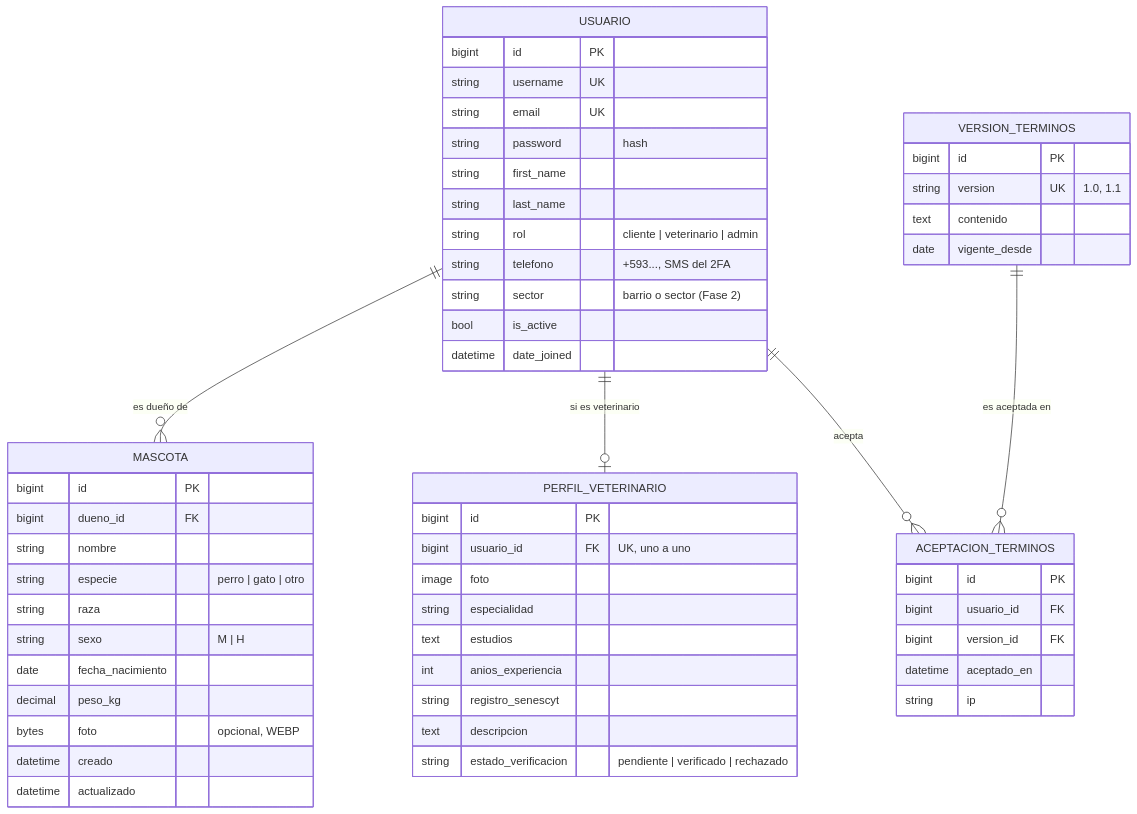
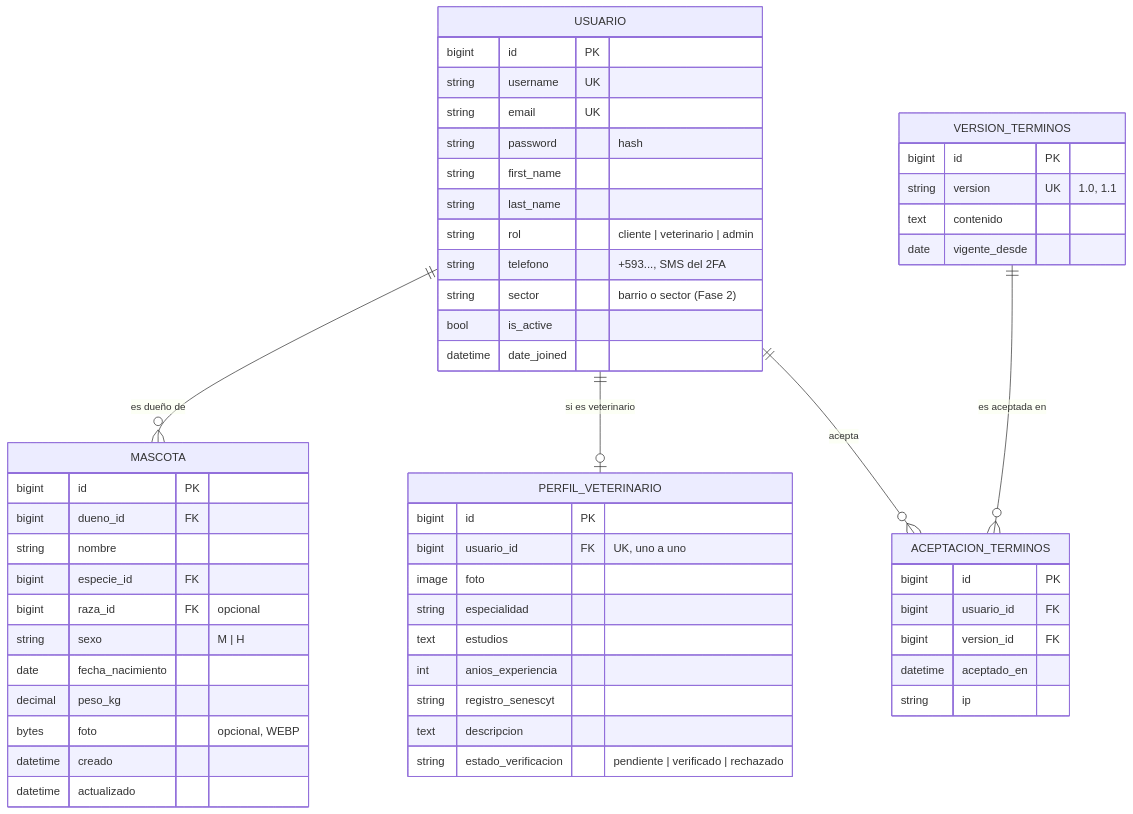
The first of 8 diagrams in docs/MODELO_DE_DATOS.md (josselyn12G/woof-vet-system), drawn with Mermaid before and after one commit. The commit also changed other lines of this file and 35 other files, not shown here.

````diff
--- a/docs/MODELO_DE_DATOS.md
+++ b/docs/MODELO_DE_DATOS.md
@@ -30,58 +30,58 @@
 ```mermaid
 erDiagram
     USUARIO ||--o{ MASCOTA : "es dueño de"
     USUARIO ||--o| PERFIL_VETERINARIO : "si es veterinario"
     USUARIO ||--o{ ACEPTACION_TERMINOS : "acepta"
     VERSION_TERMINOS ||--o{ ACEPTACION_TERMINOS : "es aceptada en"
 
     USUARIO {
         bigint id PK
         string username UK
         string email UK
         string password "hash"
         string first_name
         string last_name
         string rol "cliente | veterinario | admin"
         string telefono "+593..., SMS del 2FA"
         string sector "barrio o sector (Fase 2)"
         bool is_active
         datetime date_joined
     }
     MASCOTA {
         bigint id PK
         bigint dueno_id FK
         string nombre
-        string especie "perro | gato | otro"
-        string raza
+        bigint especie_id FK
+        bigint raza_id FK "opcional"
         string sexo "M | H"
         date fecha_nacimiento
         decimal peso_kg
         bytes foto "opcional, WEBP"
         datetime creado
         datetime actualizado
     }
     PERFIL_VETERINARIO {
         bigint id PK
         bigint usuario_id FK "UK, uno a uno"
         image foto
         string especialidad
         text estudios
         int anios_experiencia
         string registro_senescyt
         text descripcion
         string estado_verificacion "pendiente | verificado | rechazado"
     }
     VERSION_TERMINOS {
         bigint id PK
         string version UK "1.0, 1.1"
         text contenido
         date vigente_desde
     }
     ACEPTACION_TERMINOS {
         bigint id PK
         bigint usuario_id FK
         bigint version_id FK
         datetime aceptado_en
         string ip
     }
 ```
````
